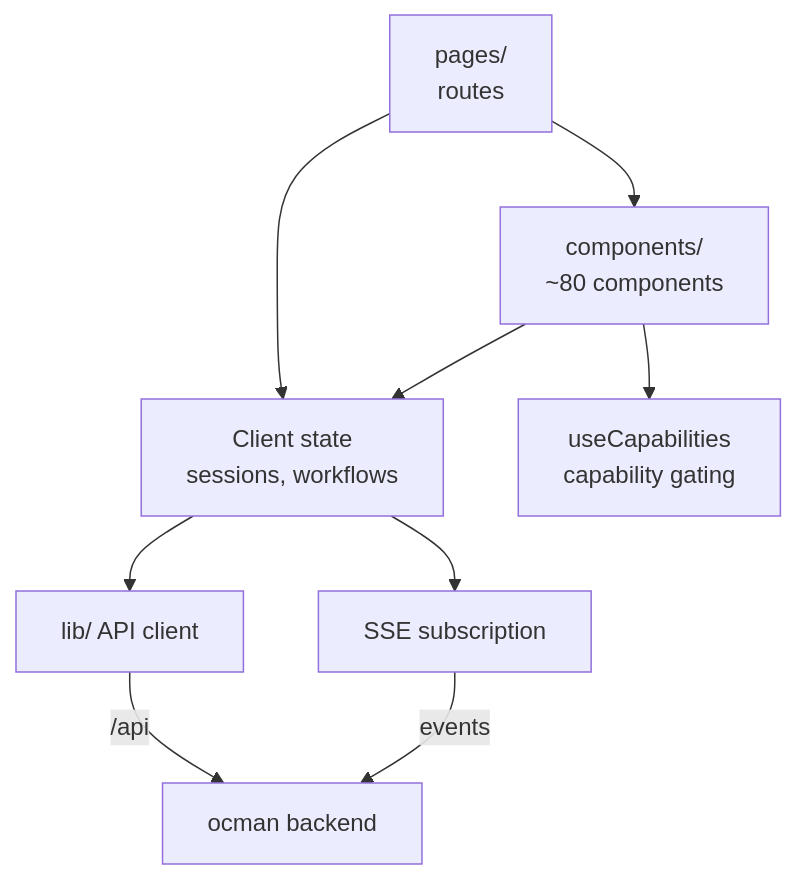
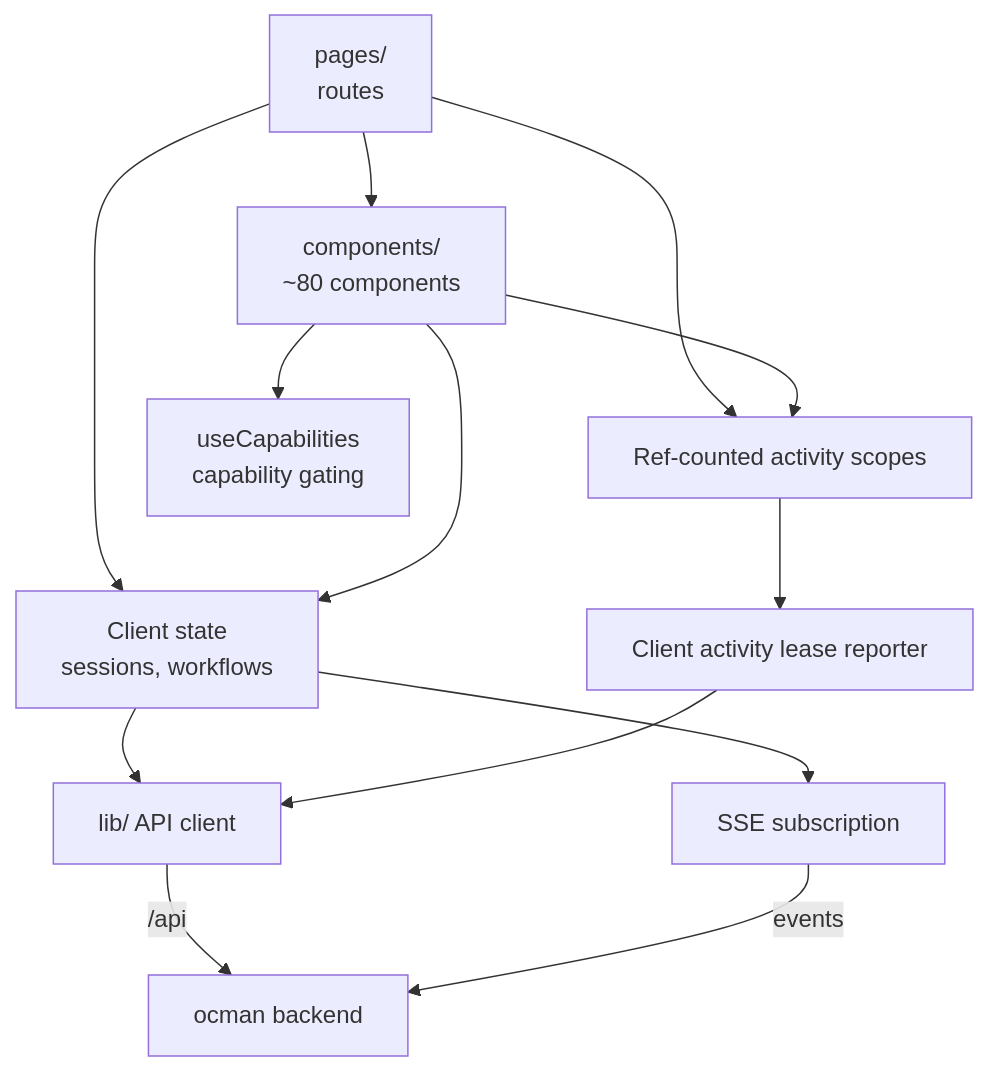
The fifth of 5 diagrams in docs/other/architecture.md (ocman/ocman), drawn with Mermaid before and after one commit. The commit also changed other lines of this file and 32 other files, not shown here.

Commit message:
perf: gate view work on client activity (#491)

````diff
--- a/docs/other/architecture.md
+++ b/docs/other/architecture.md
@@ -252,11 +252,15 @@
 ```mermaid
 flowchart TD
     Pages[pages/<br/>routes] --> Comp[components/<br/>~80 components]
      Pages --> Stores[Client state<br/>sessions, workflows]
     Comp --> Stores
     Stores --> API[lib/ API client]
     Stores --> SSE[SSE subscription]
+    Pages --> Scopes[Ref-counted activity scopes]
+    Comp --> Scopes
+    Scopes --> Reporter[Client activity lease reporter]
+    Reporter --> API
     API -->|/api| Hub[ocman backend]
     SSE -->|events| Hub
     Comp --> Caps[useCapabilities<br/>capability gating]
 ```
````
